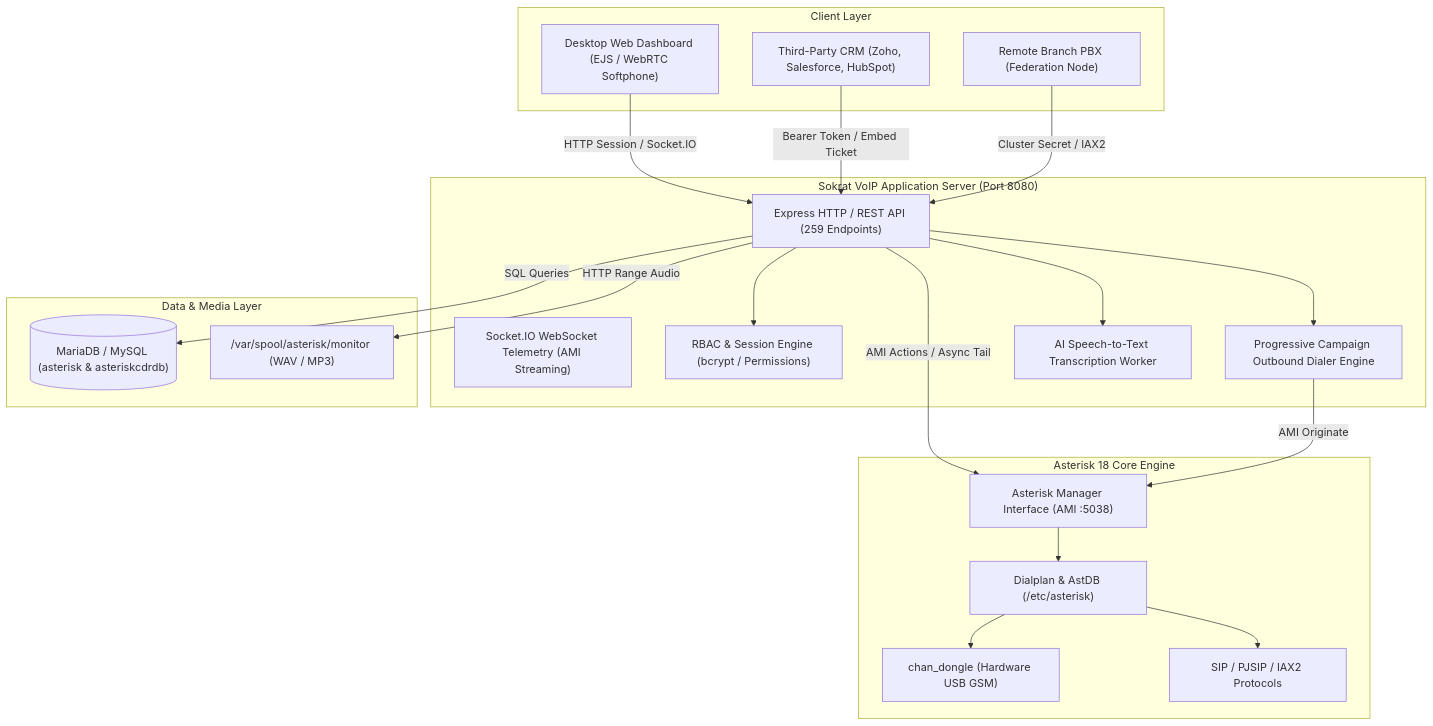
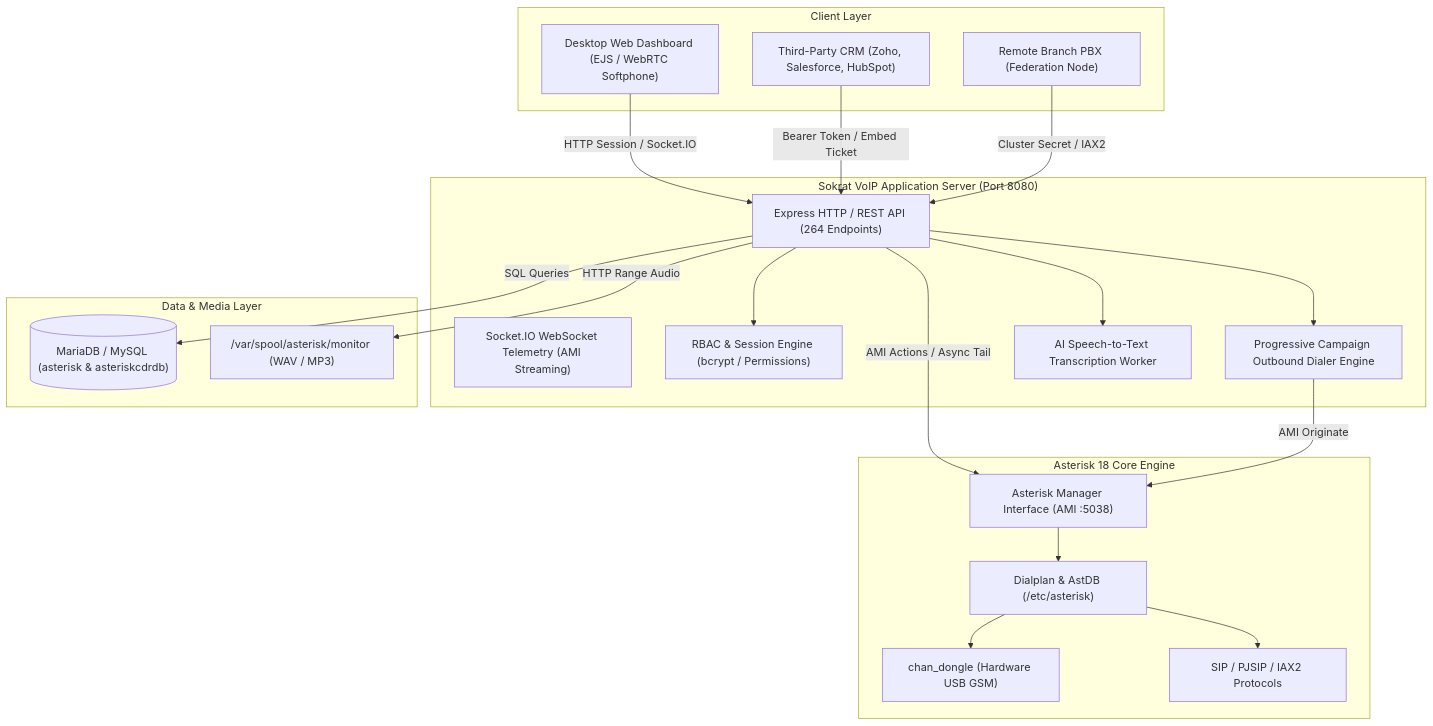
One commit to Ahmed-Emad02/sokrat-voip-dev changed the diagram in API_DOCUMENTATION.md. Above: the diagram before and after it, drawn with Mermaid. The commit also changed other lines of this file and 8 other files, not shown here.

````diff
--- a/API_DOCUMENTATION.md
+++ b/API_DOCUMENTATION.md
@@ -21,38 +21,38 @@
 ```mermaid
 graph TB
     subgraph Clients["Client Layer"]
         WebUI["Desktop Web Dashboard (EJS / WebRTC Softphone)"]
         CRM["Third-Party CRM (Zoho, Salesforce, HubSpot)"]
         Branch["Remote Branch PBX (Federation Node)"]
     end
     subgraph Sokrat["Sokrat VoIP Application Server (Port 8080)"]
-        Express["Express HTTP / REST API (259 Endpoints)"]
+        Express["Express HTTP / REST API (264 Endpoints)"]
         SocketIO["Socket.IO WebSocket Telemetry (AMI Streaming)"]
         AuthRBAC["RBAC & Session Engine (bcrypt / Permissions)"]
         DialerEngine["Progressive Campaign Outbound Dialer Engine"]
         STTEngine["AI Speech-to-Text Transcription Worker"]
     end
     subgraph PBX["Asterisk 18 Core Engine"]
         AMI["Asterisk Manager Interface (AMI :5038)"]
         Dialplan["Dialplan & AstDB (/etc/asterisk)"]
         ChanDongle["chan_dongle (Hardware USB GSM)"]
         SIP_PJSIP["SIP / PJSIP / IAX2 Protocols"]
     end
     subgraph Storage["Data & Media Layer"]
         MySQL[("MariaDB / MySQL (asterisk & asteriskcdrdb)")]
         SpoolAudio["/var/spool/asterisk/monitor (WAV / MP3)"]
     end
     WebUI -->|HTTP Session / Socket.IO| Express
     CRM -->|Bearer Token / Embed Ticket| Express
     Branch -->|Cluster Secret / IAX2| Express
     Express --> AuthRBAC
     Express --> DialerEngine
     Express --> STTEngine
     Express -->|AMI Actions / Async Tail| AMI
     Express -->|SQL Queries| MySQL
     Express -->|HTTP Range Audio| SpoolAudio
     DialerEngine -->|AMI Originate| AMI
     AMI --> Dialplan
     Dialplan --> ChanDongle
     Dialplan --> SIP_PJSIP
 ```
````
